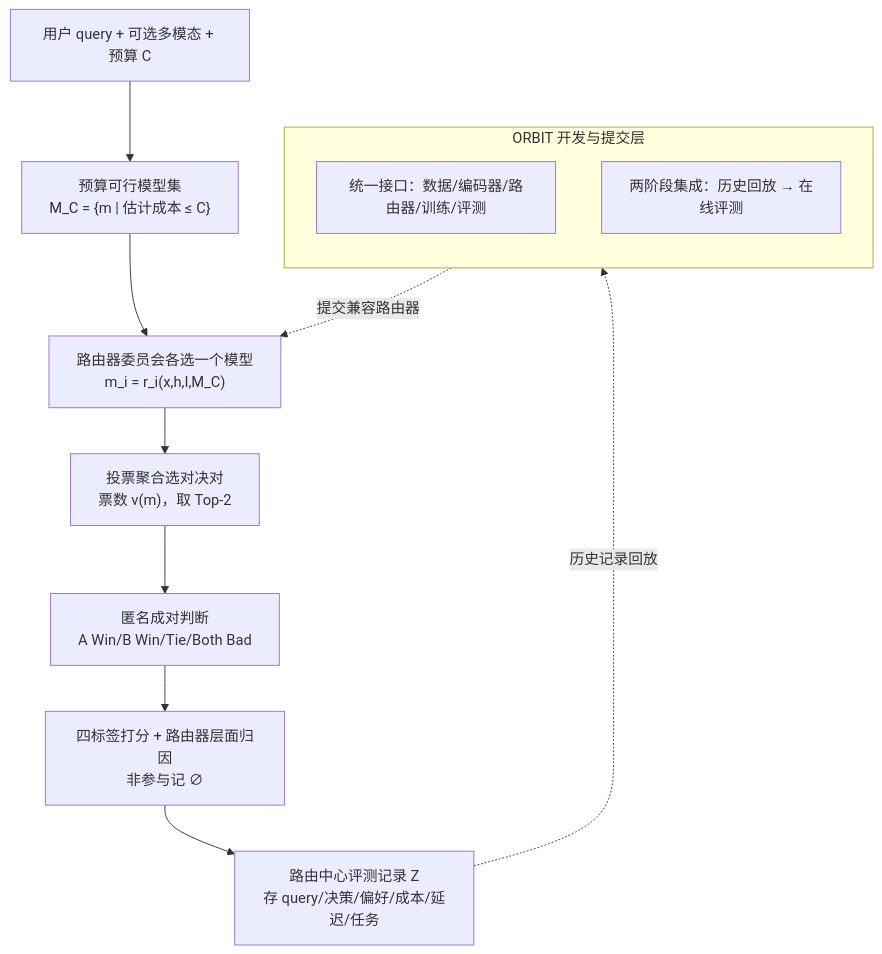
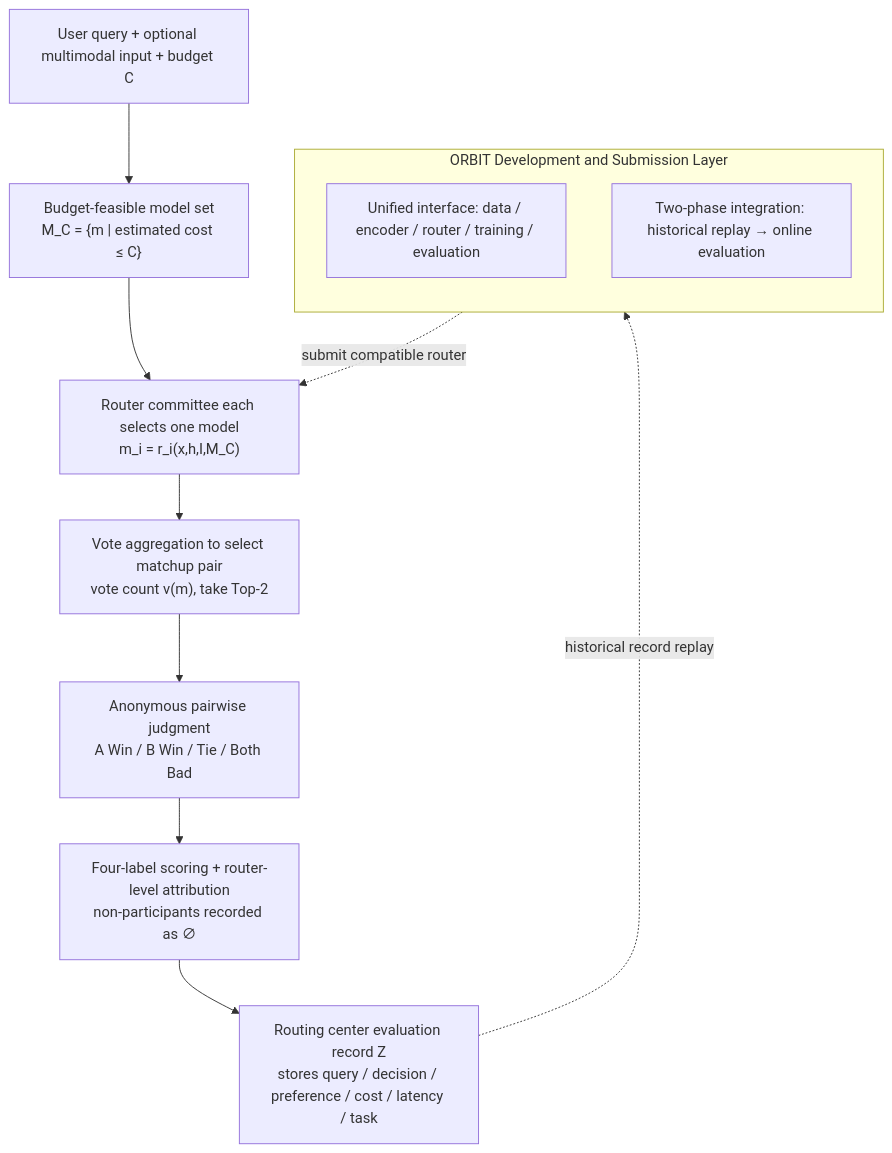
Before and after one commit to zhaoyang97/Paper-Notes-en: the diagram in docs/ICML2026/llm_evaluation/routejudge_an_open_platform_for_reproducible_and_preference-aware_llm_routing.md, drawn with Mermaid. The commit also changed 644 other files, not shown here.

````diff
--- a/docs/ICML2026/llm_evaluation/routejudge_an_open_platform_for_reproducible_and_preference-aware_llm_routing.md
+++ b/docs/ICML2026/llm_evaluation/routejudge_an_open_platform_for_reproducible_and_preference-aware_llm_routing.md
@@ -47,17 +47,17 @@
 ```mermaid
 %%{init: {'flowchart': {'rankSpacing': 24, 'nodeSpacing': 28, 'padding': 6, 'wrappingWidth': 400, 'subGraphTitleMargin': {'top': 8, 'bottom': 16}}}%%
 flowchart TD
-    Q["用户 query + 可选多模态 + 预算 C"] --> M["预算可行模型集<br/>M_C = {m | 估计成本 ≤ C}"]
-    M --> R["路由器委员会各选一个模型<br/>m_i = r_i(x,h,I,M_C)"]
-    R --> V["投票聚合选对决对<br/>票数 v(m)，取 Top-2"]
-    V --> J["匿名成对判断<br/>A Win/B Win/Tie/Both Bad"]
-    J --> A["四标签打分 + 路由器层面归因<br/>非参与记 ∅"]
-    A --> REC["路由中心评测记录 Z<br/>存 query/决策/偏好/成本/延迟/任务"]
-    subgraph ORBIT["ORBIT 开发与提交层"]
+    Q["User query + optional multimodal input + budget C"] --> M["Budget-feasible model set<br/>M_C = {m | estimated cost ≤ C}"]
+    M --> R["Router committee each selects one model<br/>m_i = r_i(x,h,I,M_C)"]
+    R --> V["Vote aggregation to select matchup pair<br/>vote count v(m), take Top-2"]
+    V --> J["Anonymous pairwise judgment<br/>A Win / B Win / Tie / Both Bad"]
+    J --> A["Four-label scoring + router-level attribution<br/>non-participants recorded as ∅"]
+    A --> REC["Routing center evaluation record Z<br/>stores query / decision / preference / cost / latency / task"]
+    subgraph ORBIT["ORBIT Development and Submission Layer"]
       direction TB
-      O1["统一接口：数据/编码器/路由器/训练/评测"]
-      O2["两阶段集成：历史回放 → 在线评测"]
+      O1["Unified interface: data / encoder / router / training / evaluation"]
+      O2["Two-phase integration: historical replay → online evaluation"]
     end
-    ORBIT -.提交兼容路由器.-> R
-    REC -.历史记录回放.-> O2
+    ORBIT -.submit compatible router.-> R
+    REC -.historical record replay.-> O2
 ```
````
